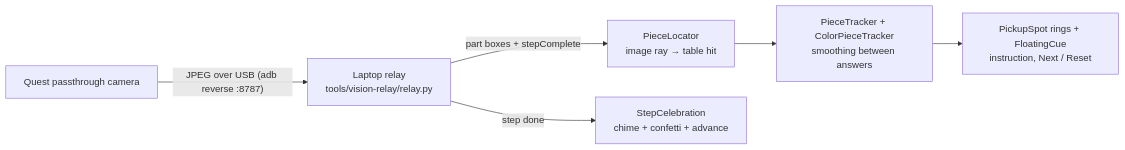
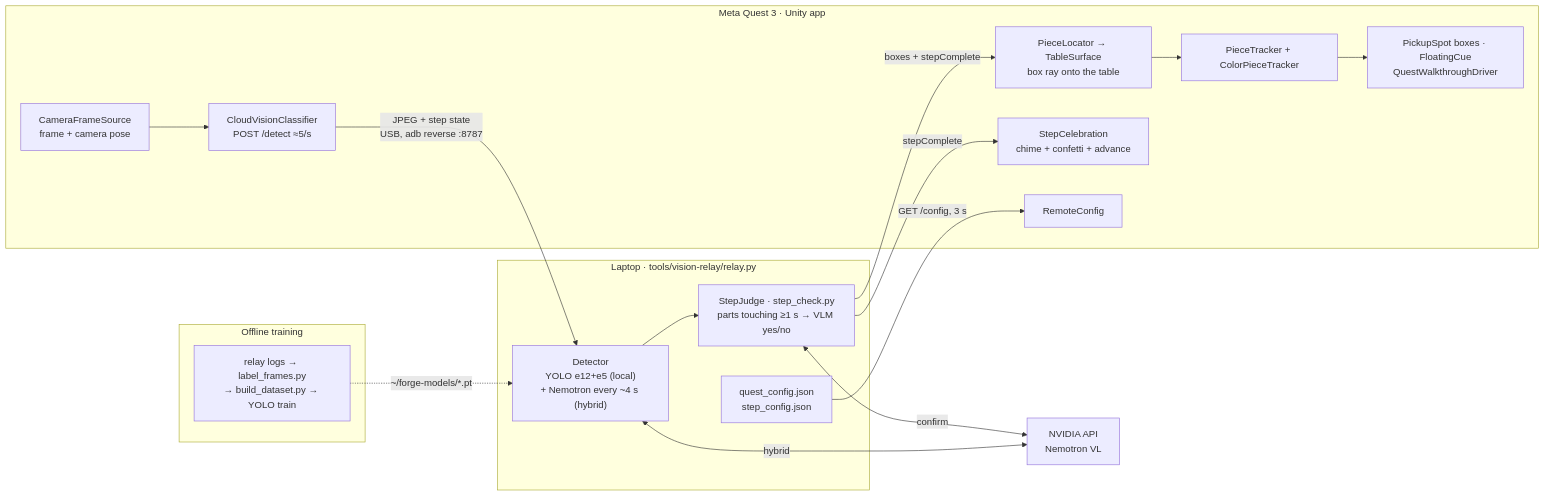
The diagram in README.md (MGhostHarley/Forge-xr), drawn with Mermaid before and after one commit. The commit also changed other lines of this file, not shown here.

Commit message:
README: architecture diagram (Mermaid): Quest app, laptop relay, Nemotron, offline training

````diff
--- a/README.md
+++ b/README.md
@@ -9,8 +9,30 @@
 ```mermaid
 flowchart LR
-    A["Quest passthrough camera"] -->|"JPEG over USB (adb reverse :8787)"| B["Laptop relay<br/>tools/vision-relay/relay.py"]
-    B -->|"part boxes + stepComplete"| C["PieceLocator<br/>image ray → table hit"]
-    C --> D["PieceTracker + ColorPieceTracker<br/>smoothing between answers"]
-    D --> E["PickupSpot rings + FloatingCue<br/>instruction, Next / Reset"]
-    B -->|"step done"| F["StepCelebration<br/>chime + confetti + advance"]
+    subgraph Quest["Meta Quest 3 · Unity app"]
+        cam["CameraFrameSource<br/>frame + camera pose"]
+        cvc["CloudVisionClassifier<br/>POST /detect ≈5/s"]
+        loc["PieceLocator → TableSurface<br/>box ray onto the table"]
+        trk["PieceTracker + ColorPieceTracker"]
+        ui["PickupSpot boxes · FloatingCue<br/>QuestWalkthroughDriver"]
+        cel["StepCelebration<br/>chime + confetti + advance"]
+        cfg["RemoteConfig"]
+    end
+    subgraph Laptop["Laptop · tools/vision-relay/relay.py"]
+        det["Detector<br/>YOLO e12+e5 (local)<br/>+ Nemotron every ~4 s (hybrid)"]
+        judge["StepJudge · step_check.py<br/>parts touching ≥1 s → VLM yes/no"]
+        files["quest_config.json<br/>step_config.json"]
+    end
+    nv["NVIDIA API<br/>Nemotron VL"]
+    subgraph Offline["Offline training"]
+        train["relay logs → label_frames.py<br/>→ build_dataset.py → YOLO train"]
+    end
+
+    cam --> cvc -->|"JPEG + step state<br/>USB, adb reverse :8787"| det
+    det --> judge
+    judge -->|"boxes + stepComplete"| loc --> trk --> ui
+    judge -->|"stepComplete"| cel
+    det <-->|"hybrid"| nv
+    judge <-->|"confirm"| nv
+    files -->|"GET /config, 3 s"| cfg
+    train -.->|"~/forge-models/*.pt"| det
 ```
````
